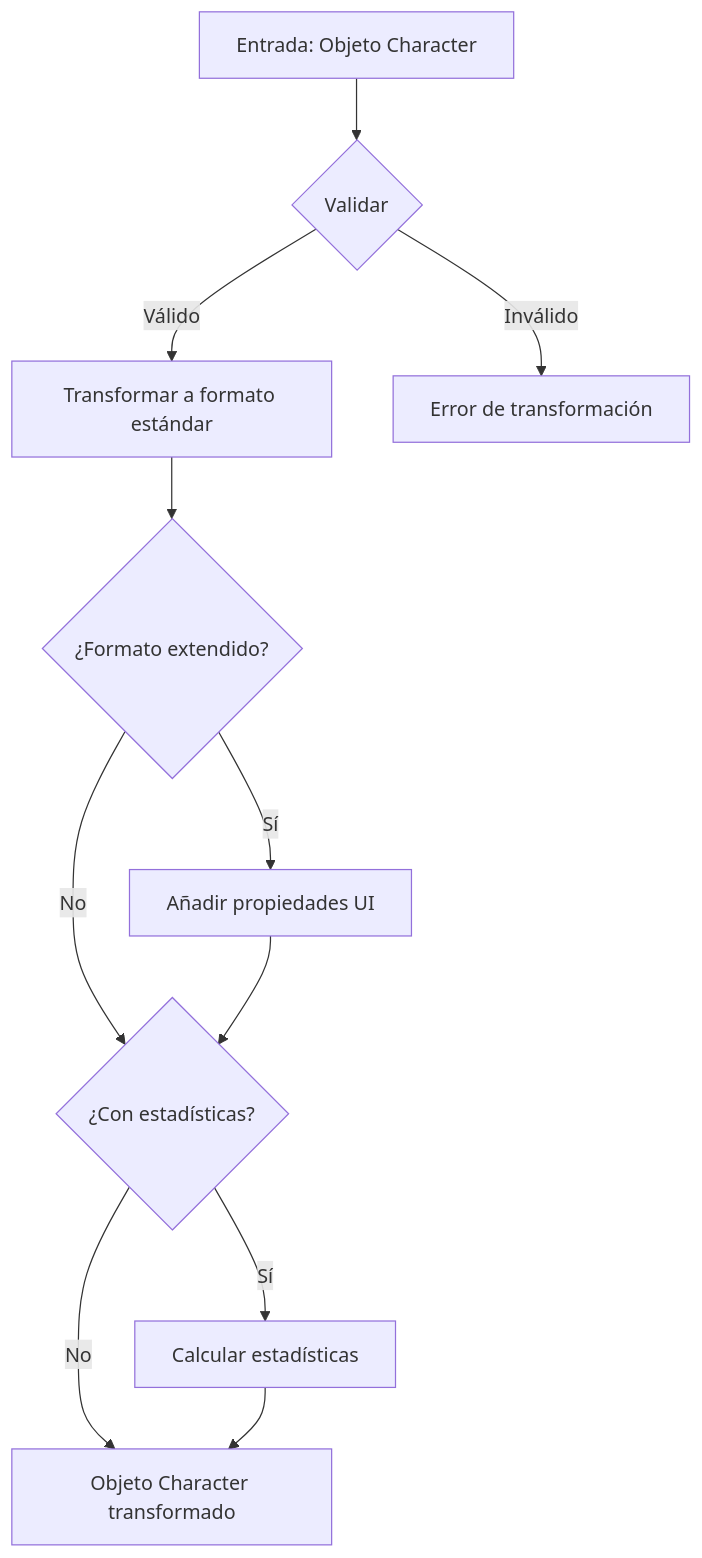
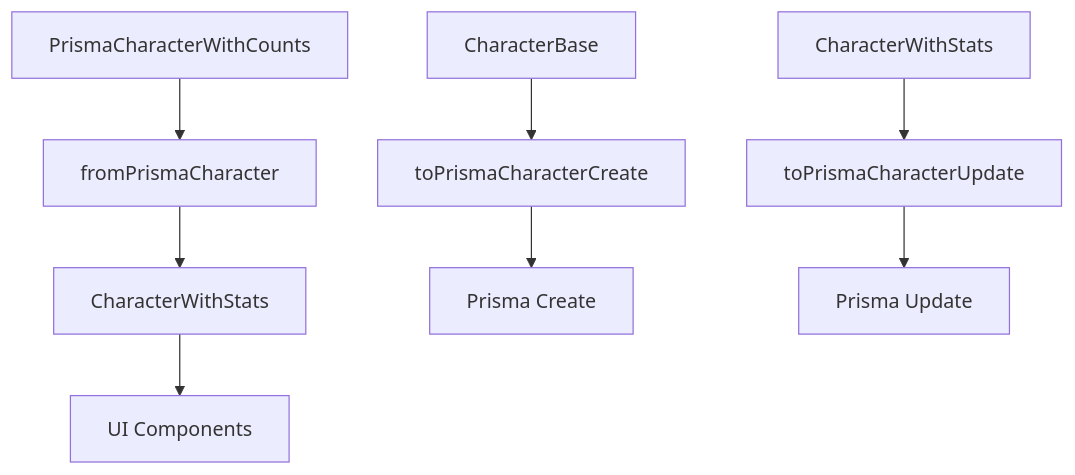
One commit to gvastethecreator/media-manager changed the diagram in src/transformers/character/README.md. Above: the diagram before and after it, drawn with Mermaid. The commit also changed other lines of this file and 230 other files, not shown here.

````diff
--- a/src/transformers/character/README.md
+++ b/src/transformers/character/README.md
@@ -15,13 +7,12 @@
 ```mermaid
-flowchart TD
-    A[Entrada: Objeto Character] --> B{Validar}
-    B -->|Válido| C[Transformar a formato estándar]
-    B -->|Inválido| D[Error de transformación]
-    C --> E{¿Formato extendido?}
-    E -->|Sí| F[Añadir propiedades UI]
-    E -->|No| G{¿Con estadísticas?}
-    F --> G
-    G -->|Sí| H[Calcular estadísticas]
-    G -->|No| I[Objeto Character transformado]
-    H --> I
+graph TD
+    A[PrismaCharacterWithCounts] --> B[fromPrismaCharacter]
+    B --> C[CharacterWithStats]
+    C --> D[UI Components]
+
+    E[CharacterBase] --> F[toPrismaCharacterCreate]
+    F --> G[Prisma Create]
+
+    H[CharacterWithStats] --> I[toPrismaCharacterUpdate]
+    I --> J[Prisma Update]
 ```
````
